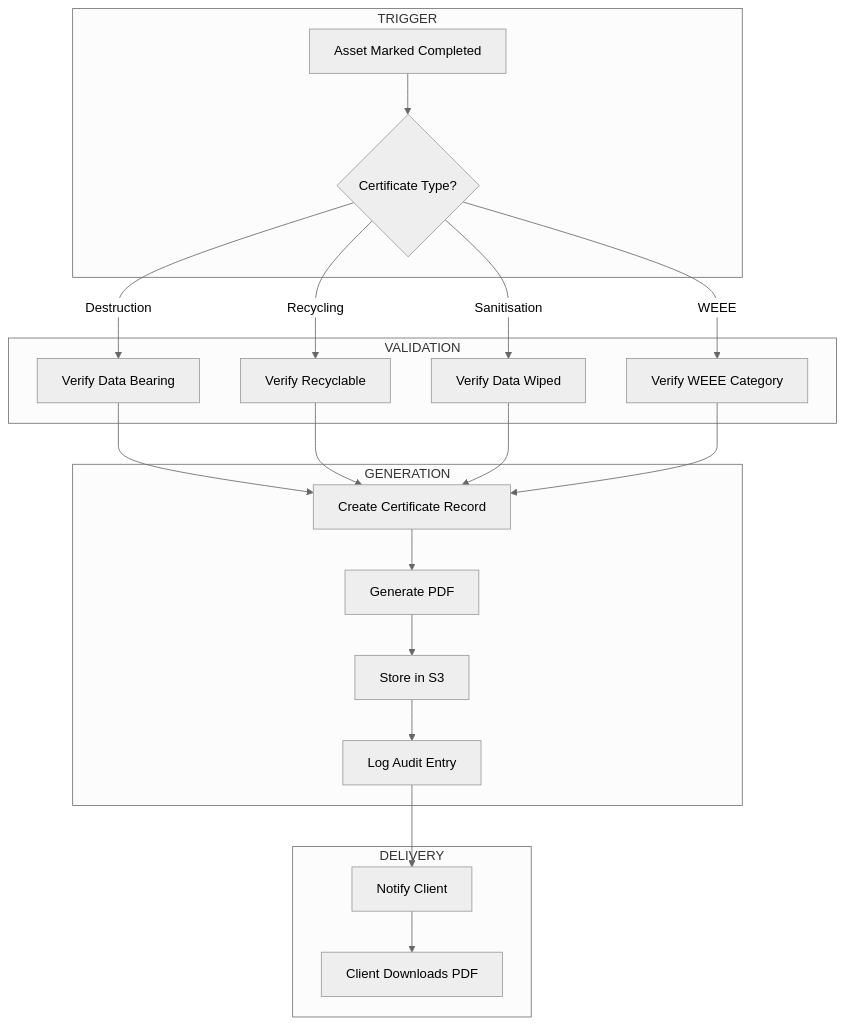
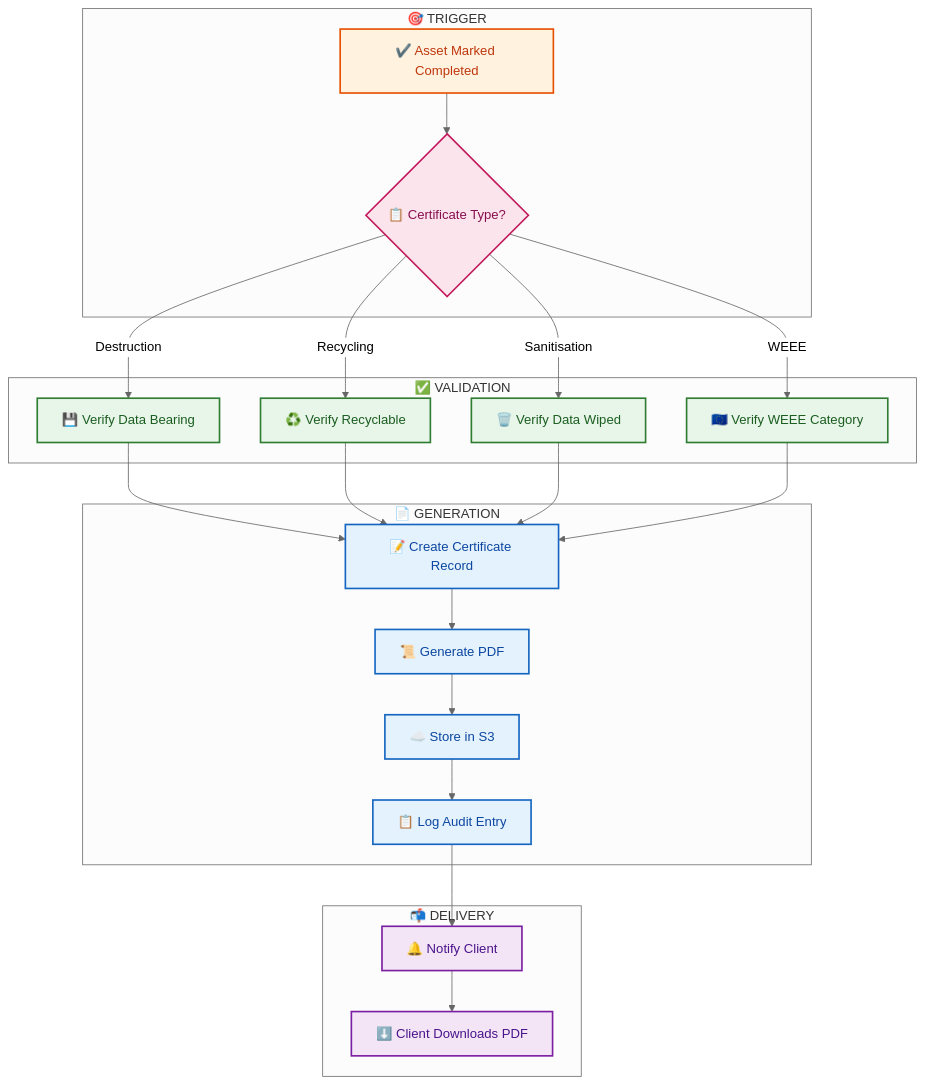
Before and after one commit to nugehs/ai-reclaim-m0: the seventh of 8 diagrams in docs/USER-FLOWS.md, drawn with Mermaid (neutral theme). The commit also changed other lines of this file and 12 other files, not shown here.

````diff
--- a/docs/USER-FLOWS.md
+++ b/docs/USER-FLOWS.md
@@ -202,28 +324,41 @@
 ```mermaid
 flowchart TB
-    subgraph "TRIGGER"
-        T1[Asset Marked Completed] --> T2{Certificate Type?}
+    subgraph TRIGGER["🎯 TRIGGER"]
+        T1[✔️ Asset Marked Completed] --> T2{📋 Certificate Type?}
     end
 
-    subgraph "VALIDATION"
-        T2 -->|Destruction| V1[Verify Data Bearing]
-        T2 -->|Recycling| V2[Verify Recyclable]
-        T2 -->|Sanitisation| V3[Verify Data Wiped]
-        T2 -->|WEEE| V4[Verify WEEE Category]
+    subgraph VALID["✅ VALIDATION"]
+        T2 -->|Destruction| V1[💾 Verify Data Bearing]
+        T2 -->|Recycling| V2[♻️ Verify Recyclable]
+        T2 -->|Sanitisation| V3[🗑️ Verify Data Wiped]
+        T2 -->|WEEE| V4[🇪🇺 Verify WEEE Category]
     end
 
-    subgraph "GENERATION"
-        V1 --> G1[Create Certificate Record]
+    subgraph GEN["📄 GENERATION"]
+        V1 --> G1[📝 Create Certificate Record]
         V2 --> G1
         V3 --> G1
         V4 --> G1
-        G1 --> G2[Generate PDF]
-        G2 --> G3[Store in S3]
-        G3 --> G4[Log Audit Entry]
+        G1 --> G2[📜 Generate PDF]
+        G2 --> G3[☁️ Store in S3]
+        G3 --> G4[📋 Log Audit Entry]
     end
 
-    subgraph "DELIVERY"
-        G4 --> D1[Notify Client]
-        D1 --> D2[Client Downloads PDF]
+    subgraph DELIVER["📬 DELIVERY"]
+        G4 --> D1[🔔 Notify Client]
+        D1 --> D2[⬇️ Client Downloads PDF]
     end
+
+    %% Styling
+    classDef triggerStyle fill:#fff3e0,stroke:#e65100,stroke-width:2px,color:#bf360c
+    classDef validStyle fill:#e8f5e9,stroke:#2e7d32,stroke-width:2px,color:#1b5e20
+    classDef genStyle fill:#e3f2fd,stroke:#1565c0,stroke-width:2px,color:#0d47a1
+    classDef deliverStyle fill:#f3e5f5,stroke:#7b1fa2,stroke-width:2px,color:#4a148c
+    classDef decisionStyle fill:#fce4ec,stroke:#c2185b,stroke-width:2px,color:#880e4f
+
+    class T1 triggerStyle
+    class T2 decisionStyle
+    class V1,V2,V3,V4 validStyle
+    class G1,G2,G3,G4 genStyle
+    class D1,D2 deliverStyle
 ```
````
